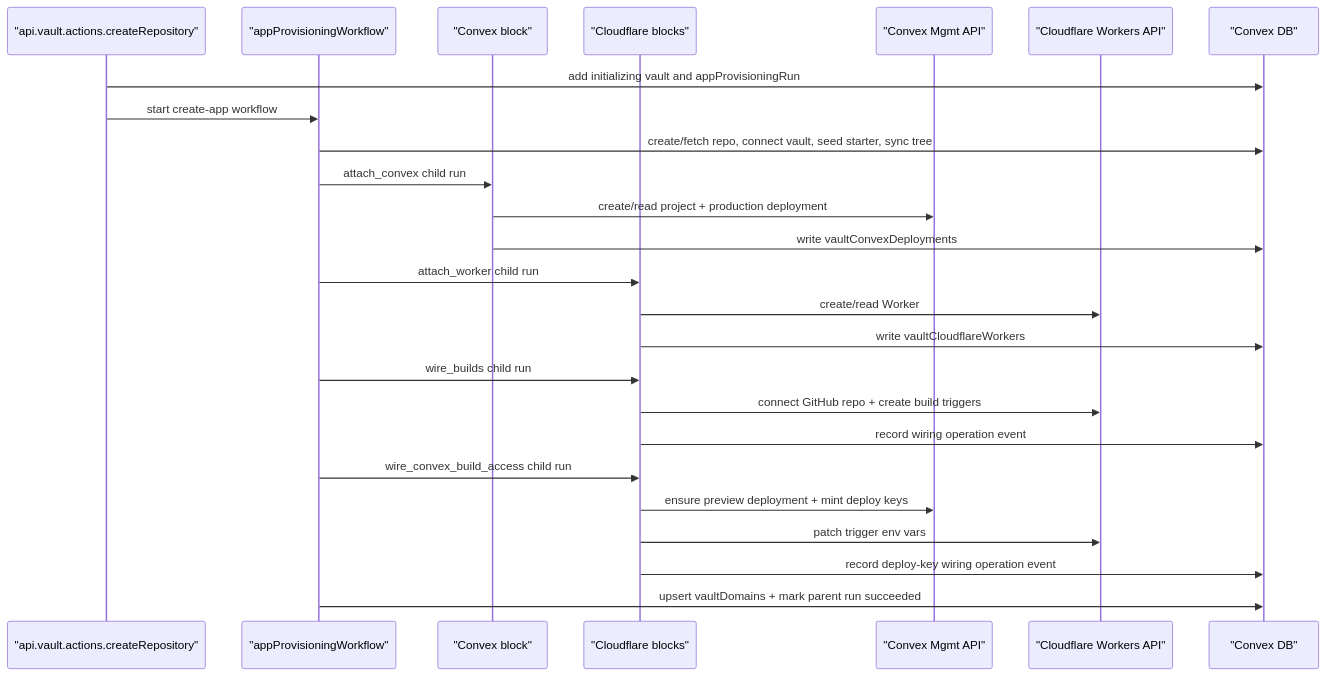
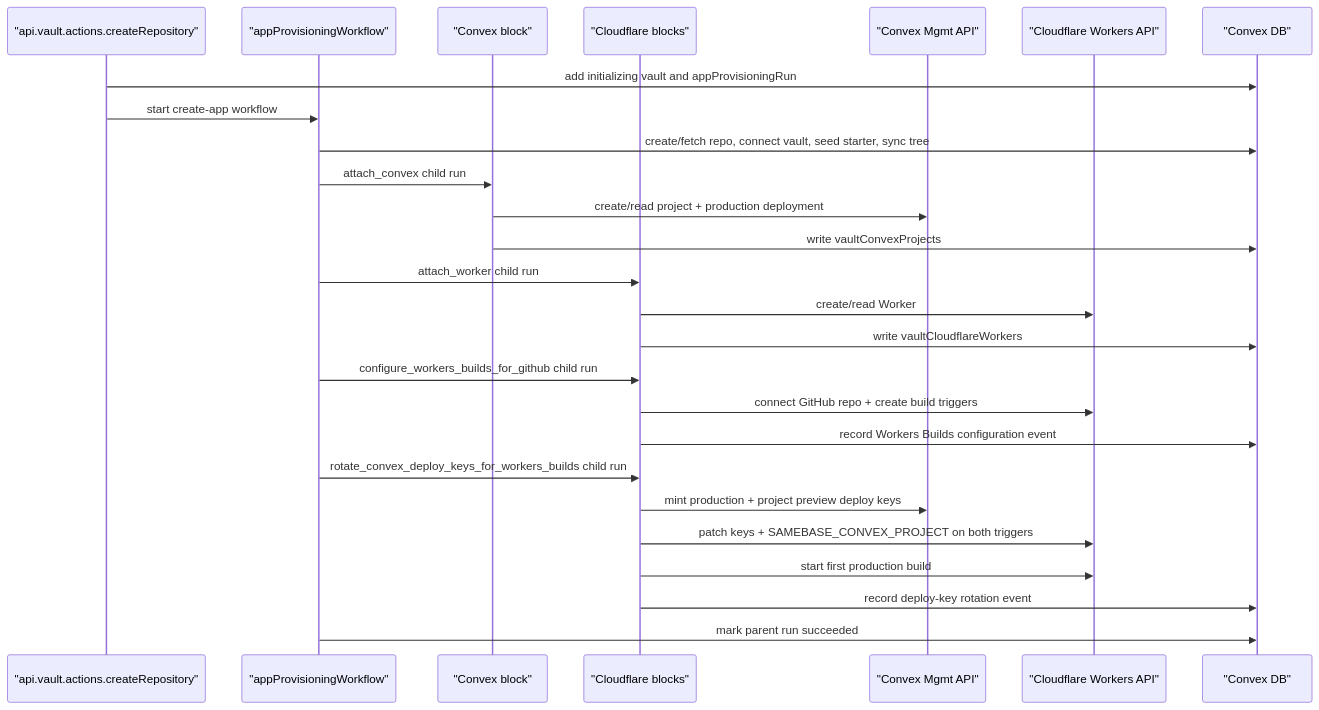
The diagram in specs/003_VAULT_INFRA_PROVISIONING_SPEC.md (samebase/samebase), drawn with Mermaid before and after one commit. The commit also changed other lines of this file and 136 other files, not shown here.

````diff
--- a/specs/003_VAULT_INFRA_PROVISIONING_SPEC.md
+++ b/specs/003_VAULT_INFRA_PROVISIONING_SPEC.md
@@ -215,28 +245,29 @@
 ```mermaid
 sequenceDiagram
   participant VA as "api.vault.actions.createRepository"
   participant WF as "appProvisioningWorkflow"
   participant CVXB as "Convex block"
   participant CFB as "Cloudflare blocks"
   participant CVX as "Convex Mgmt API"
   participant CFL as "Cloudflare Workers API"
   participant DB as "Convex DB"
 
   VA->>DB: add initializing vault and appProvisioningRun
   VA->>WF: start create-app workflow
   WF->>DB: create/fetch repo, connect vault, seed starter, sync tree
   WF->>CVXB: attach_convex child run
   CVXB->>CVX: create/read project + production deployment
-  CVXB->>DB: write vaultConvexDeployments
+  CVXB->>DB: write vaultConvexProjects
   WF->>CFB: attach_worker child run
   CFB->>CFL: create/read Worker
   CFB->>DB: write vaultCloudflareWorkers
-  WF->>CFB: wire_builds child run
+  WF->>CFB: configure_workers_builds_for_github child run
   CFB->>CFL: connect GitHub repo + create build triggers
-  CFB->>DB: record wiring operation event
-  WF->>CFB: wire_convex_build_access child run
-  CFB->>CVX: ensure preview deployment + mint deploy keys
-  CFB->>CFL: patch trigger env vars
-  CFB->>DB: record deploy-key wiring operation event
-  WF->>DB: upsert vaultDomains + mark parent run succeeded
+  CFB->>DB: record Workers Builds configuration event
+  WF->>CFB: rotate_convex_deploy_keys_for_workers_builds child run
+  CFB->>CVX: mint production + project preview deploy keys
+  CFB->>CFL: patch keys + SAMEBASE_CONVEX_PROJECT on both triggers
+  CFB->>CFL: start first production build
+  CFB->>DB: record deploy-key rotation event
+  WF->>DB: mark parent run succeeded
 ```
````
